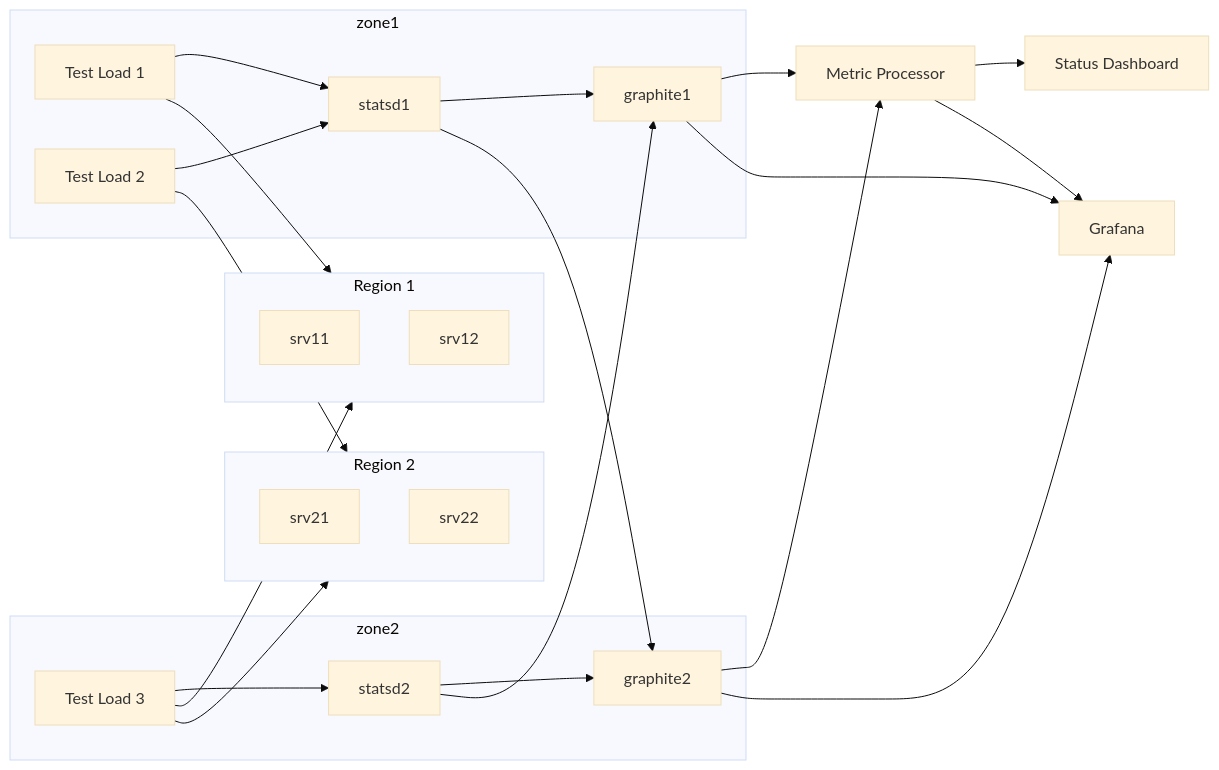
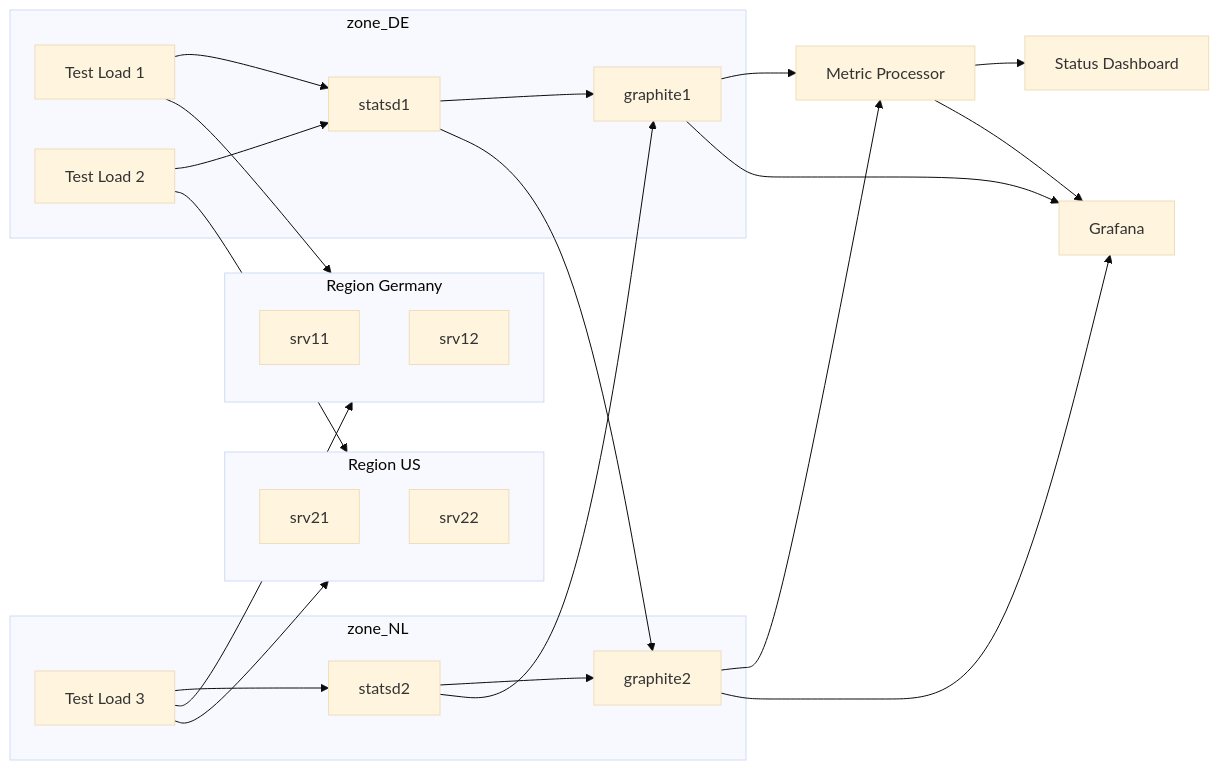
One commit to gtema/slides changed the diagram in stackmon/dataflow.mmd. Above: the diagram before and after it, drawn with Mermaid (base theme). The commit also changed 7 other files, not shown here.

```diff
--- a/stackmon/dataflow.mmd
+++ b/stackmon/dataflow.mmd
@@ -1,42 +1,42 @@
 flowchart LR
 
-  subgraph zone1
+  subgraph zone1[zone_DE]
     test1["Test Load 1"]
     test2["Test Load 2"]
     statsd1
     graphite1
     test1 & test2 --> statsd1
     statsd1 --> graphite1
   end
 
-  subgraph zone2
+  subgraph zone2[zone_NL]
     test3["Test Load 3"]
     statsd2
     graphite2
     test3 --> statsd2
     statsd2 --> graphite2
   end
 
-  subgraph env1 ["Region 1"]
+  subgraph env1 ["Region Germany"]
     srv11
     srv12
   end
-  subgraph env2["Region 2"]
+  subgraph env2["Region US"]
     srv21
     srv22
   end
   test1 --> env1
   test2 --> env2
   test3 --> env1 & env2
 
   statsd2 --> graphite1
   statsd1 --> graphite2
 
   mp[Metric Processor]
   sdb[Status Dashboard]
   grafana[Grafana]
 
   graphite1 & graphite2 --> mp
   graphite1 & graphite2 --> grafana
   mp --> sdb
   mp --> grafana
```
